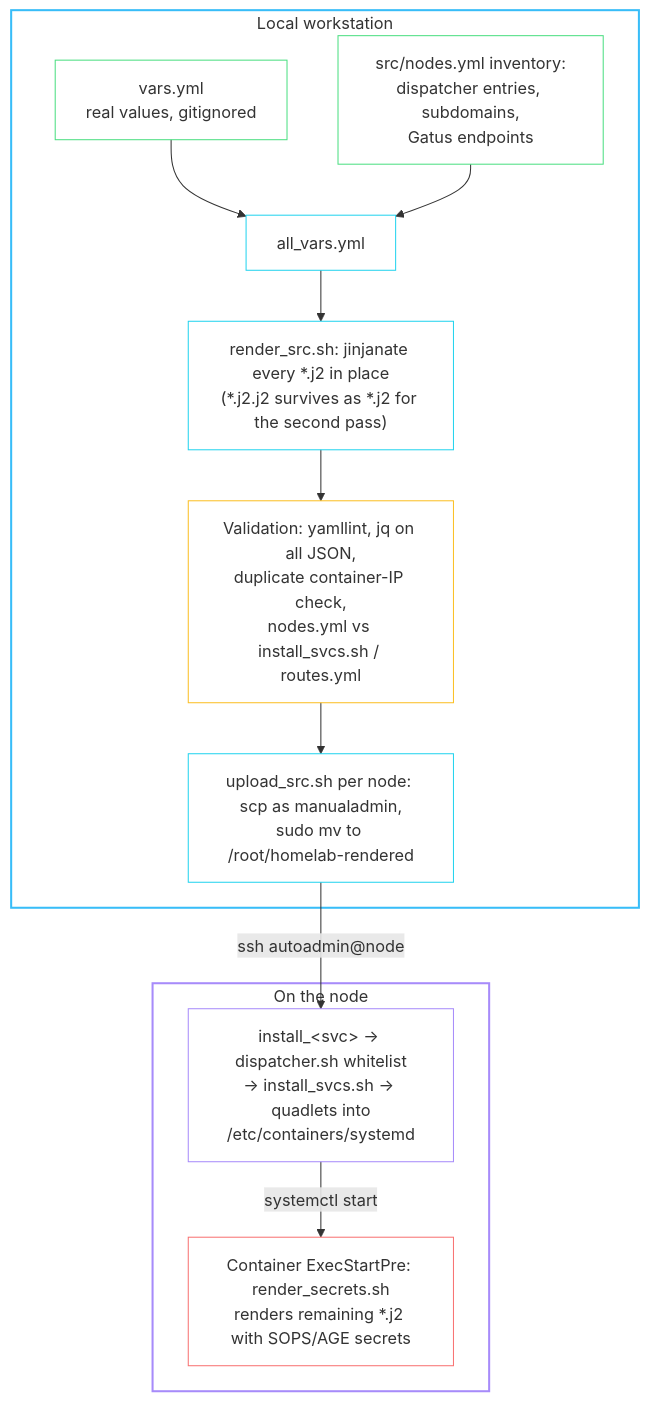
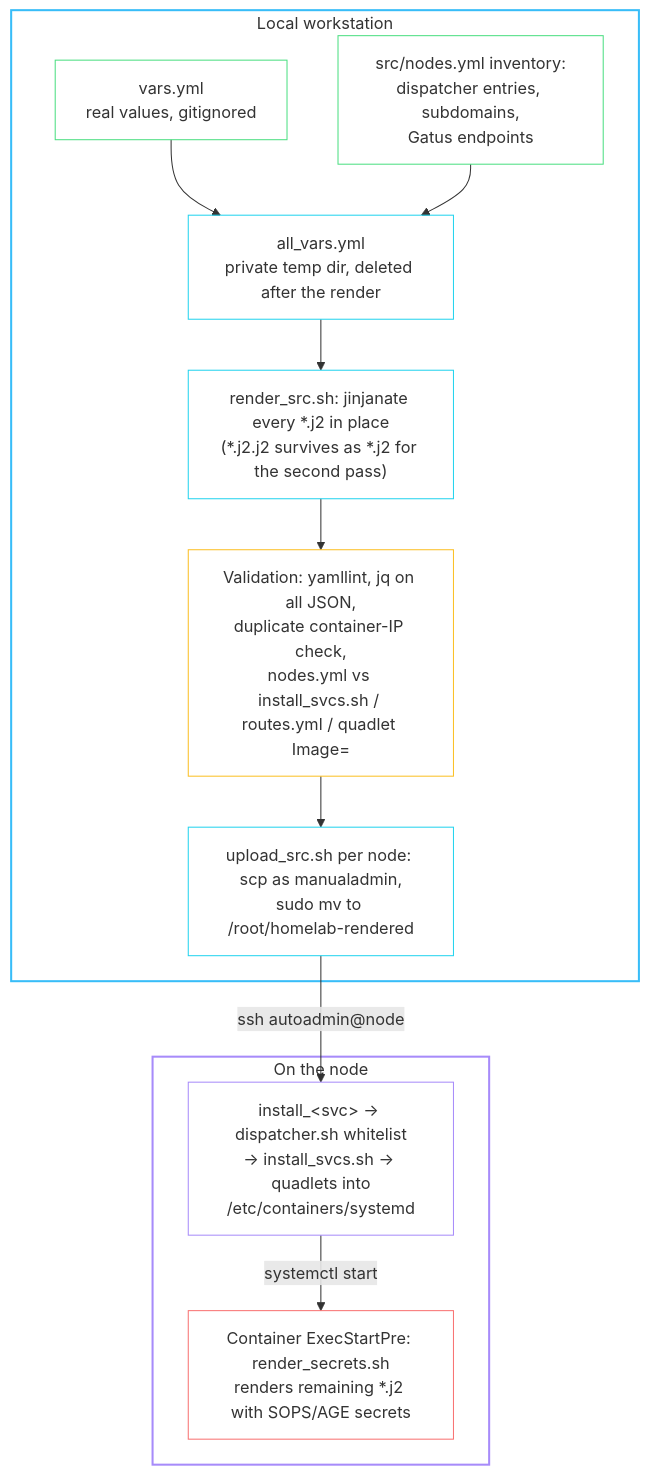
One commit to babraham123/homelab changed the diagram in docs/development.md. Above: the diagram before and after it, drawn with Mermaid. The commit also changed other lines of this file and 6 other files, not shown here.

Commit message:
docs: render into a private temp dir; image facts and the Image= check

````diff
--- a/docs/development.md
+++ b/docs/development.md
@@ -48,35 +48,35 @@
 ```mermaid
 flowchart TB
     subgraph local["Local workstation"]
         vars["vars.yml<br/>real values, gitignored"]
         inventory["src/nodes.yml inventory:<br/>dispatcher entries, subdomains,<br/>Gatus endpoints"]
-        allvars["all_vars.yml"]
+        allvars["all_vars.yml<br/>private temp dir, deleted after the render"]
         render["render_src.sh: jinjanate every *.j2 in place<br/>(*.j2.j2 survives as *.j2 for the second pass)"]
-        validate["Validation: yamllint, jq on all JSON,<br/>duplicate container-IP check,<br/>nodes.yml vs install_svcs.sh / routes.yml"]
+        validate["Validation: yamllint, jq on all JSON,<br/>duplicate container-IP check,<br/>nodes.yml vs install_svcs.sh / routes.yml / quadlet Image="]
         upload["upload_src.sh per node: scp as manualadmin,<br/>sudo mv to /root/homelab-rendered"]
     end
 
     subgraph node["On the node"]
         dispatch["install_&lt;svc&gt; → dispatcher.sh whitelist<br/>→ install_svcs.sh → quadlets into<br/>/etc/containers/systemd"]
         second["Container ExecStartPre: render_secrets.sh<br/>renders remaining *.j2 with SOPS/AGE secrets"]
     end
 
     vars --> allvars
     inventory --> allvars
     allvars --> render --> validate --> upload
     upload -- "ssh autoadmin@node" --> dispatch
     dispatch -- "systemctl start" --> second
 
     style local stroke:#38bdf8,stroke-width:2px,fill:transparent
     style node stroke:#a78bfa,stroke-width:2px,fill:transparent
     classDef input stroke:#4ade80,fill:transparent
     classDef step stroke:#22d3ee,fill:transparent
     classDef onnode stroke:#a78bfa,fill:transparent
     classDef check stroke:#fbbf24,fill:transparent
     classDef secret stroke:#f87171,fill:transparent
     class vars,inventory input
     class allvars,render,upload step
     class dispatch onnode
     class validate check
     class second secret
 ```
````
